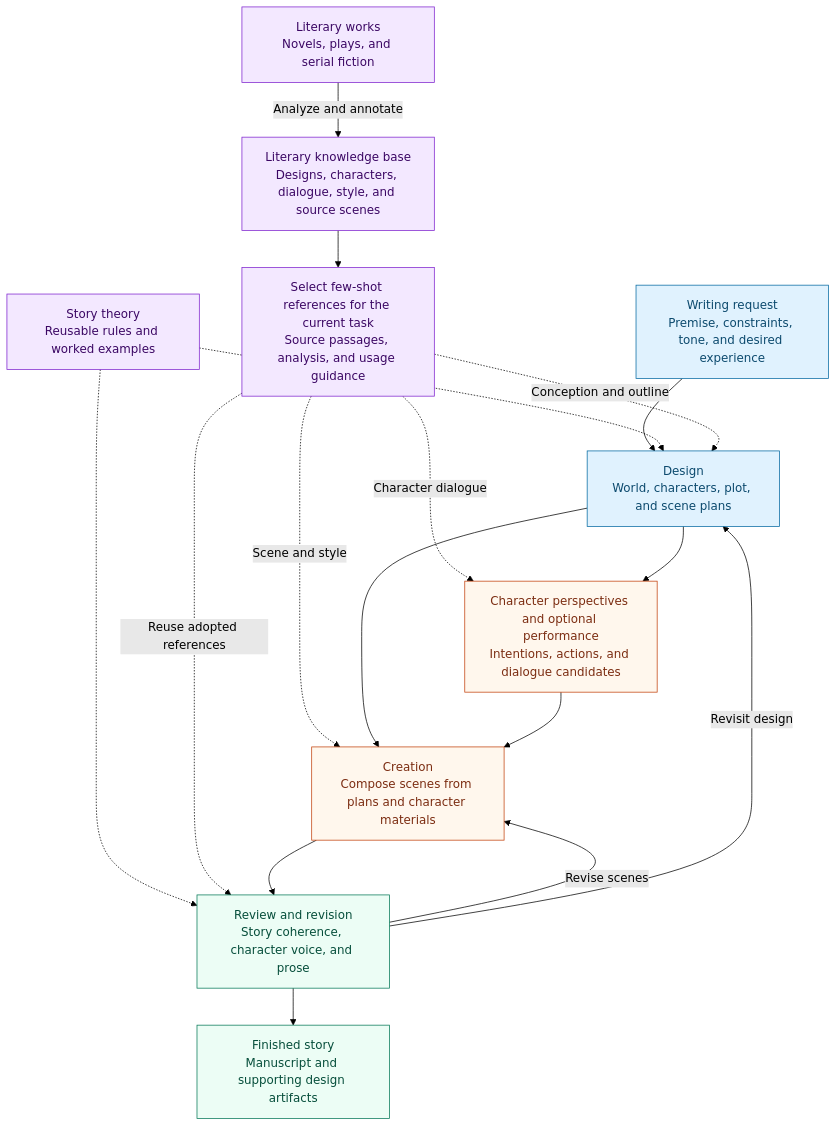
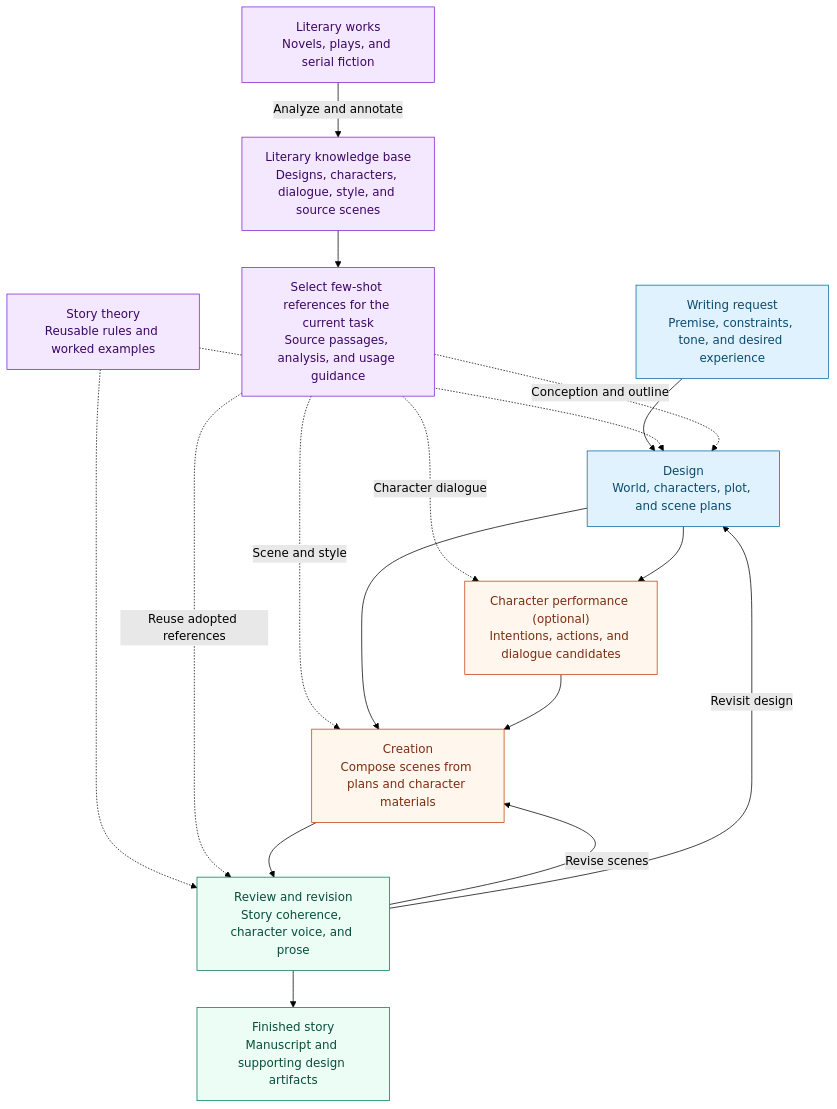
The diagram in README.en.md (RoadtoAGI/MUSE), drawn with Mermaid (forest theme) before and after one commit. The commit also changed other lines of this file and 1 other file, not shown here.

````diff
--- a/README.en.md
+++ b/README.en.md
@@ -63,39 +63,39 @@
 ```mermaid
 flowchart TD
     request["Writing request<br/>Premise, constraints, tone, and desired experience"]
     theory["Story theory<br/>Reusable rules and worked examples"]
     works["Literary works<br/>Novels, plays, and serial fiction"]
     canon["Literary knowledge base<br/>Designs, characters, dialogue, style, and source scenes"]
     examples["Select few-shot references for the current task<br/>Source passages, analysis, and usage guidance"]
     design["Design<br/>World, characters, plot, and scene plans"]
-    performance["Character perspectives and optional performance<br/>Intentions, actions, and dialogue candidates"]
+    performance["Character performance (optional)<br/>Intentions, actions, and dialogue candidates"]
     creation["Creation<br/>Compose scenes from plans and character materials"]
     review["Review and revision<br/>Story coherence, character voice, and prose"]
     story["Finished story<br/>Manuscript and supporting design artifacts"]
 
     request --> design
     theory -.-> design
     theory -.-> review
     works -- Analyze and annotate --> canon
     canon --> examples
     examples -. Conception and outline .-> design
     examples -. Character dialogue .-> performance
     examples -. Scene and style .-> creation
     examples -. Reuse adopted references .-> review
     design --> performance
     design --> creation
     performance --> creation
     creation --> review
     review -- Revise scenes --> creation
     review -- Revisit design --> design
     review --> story
 
     classDef knowledge fill:#f3e8ff,stroke:#7e22ce,color:#3b0764
     classDef planning fill:#e0f2fe,stroke:#0369a1,color:#0c4a6e
     classDef writing fill:#fff7ed,stroke:#c2410c,color:#7c2d12
     classDef checking fill:#ecfdf5,stroke:#047857,color:#064e3b
     class works,theory,canon,examples knowledge
     class request,design planning
     class performance,creation writing
     class review,story checking
 ```
````
